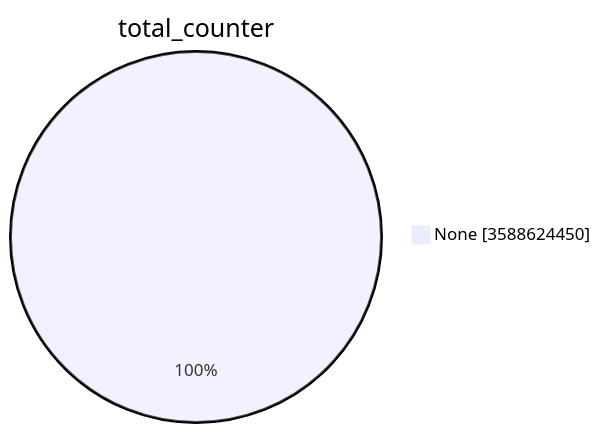
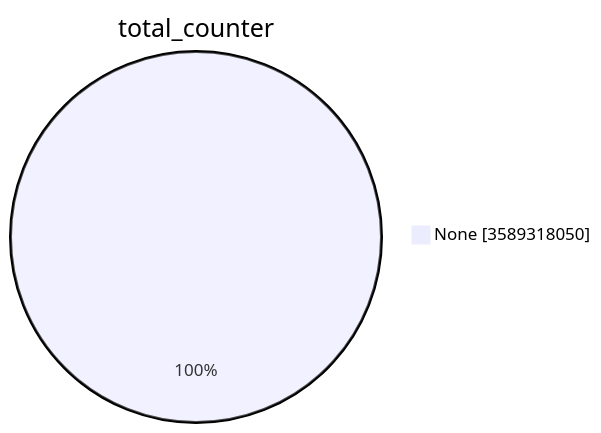
Before and after one commit to christiankrug/ctmonitor_visualization: the first of 15 diagrams in TOTAL/README.md, drawn with Mermaid. The commit also changed other lines of this file, not shown here.

````diff
--- a/TOTAL/README.md
+++ b/TOTAL/README.md
@@ -1,5 +1,5 @@
 ```mermaid
 pie showData
 title total_counter
-"None" :3588624450
+"None" :3589318050
 ```
````
